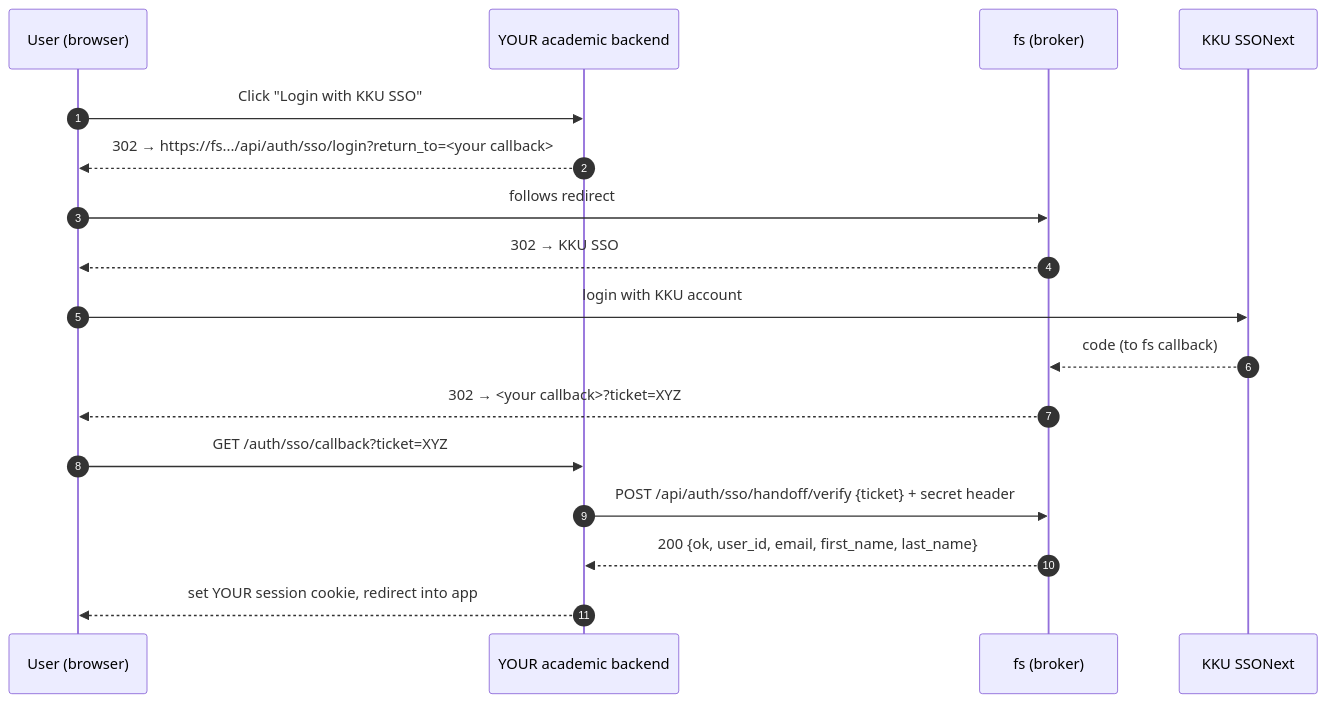
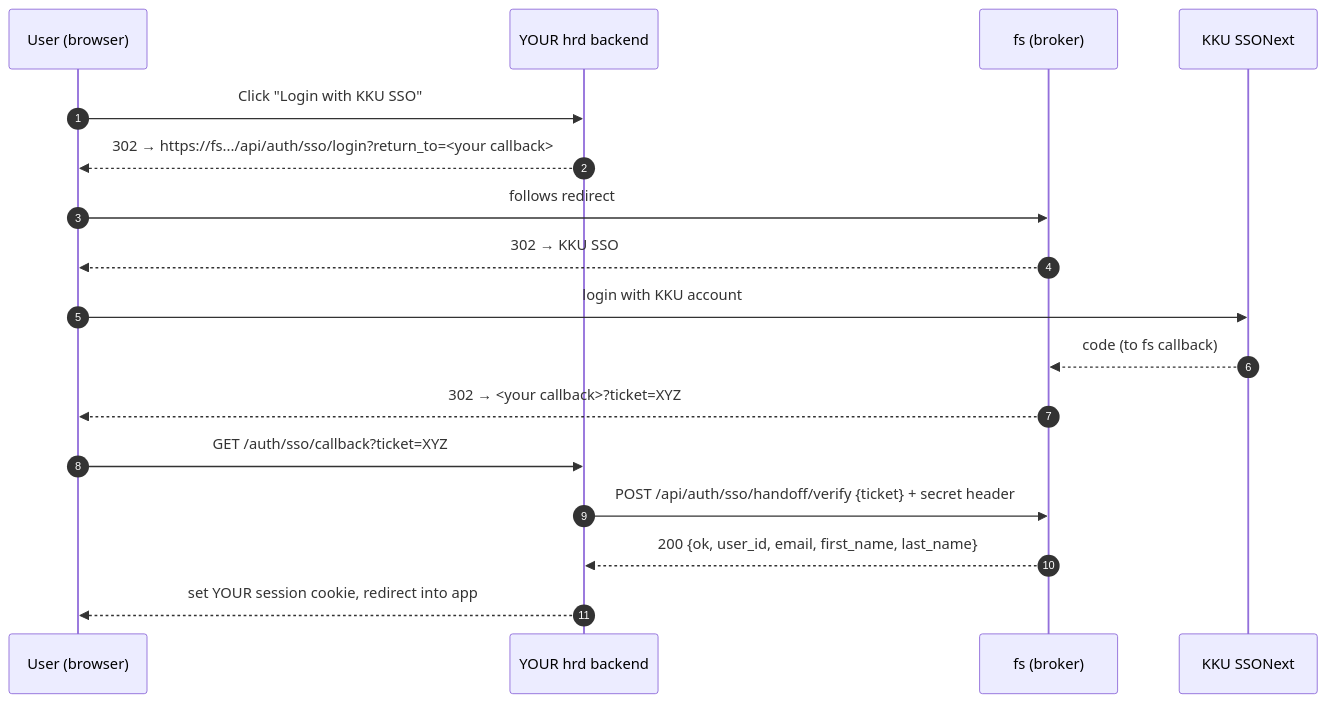
One commit to spw32767/fund-management-api changed the diagram in docs/SSO_HANDOFF_FOR_ACADEMIC.md. Above: the diagram before and after it, drawn with Mermaid. The commit also changed other lines of this file and 2 other files, not shown here.

First line of the commit message:
docs(sso): use real hrd.computing.kku.ac.th subdomain in handoff docs

````diff
--- a/docs/SSO_HANDOFF_FOR_ACADEMIC.md
+++ b/docs/SSO_HANDOFF_FOR_ACADEMIC.md
@@ -45,20 +45,20 @@
 ```mermaid
 sequenceDiagram
     autonumber
     participant U as User (browser)
-    participant A as YOUR academic backend
+    participant A as YOUR hrd backend
     participant F as fs (broker)
     participant S as KKU SSONext
 
     U->>A: Click "Login with KKU SSO"
     A-->>U: 302 → https://fs.../api/auth/sso/login?return_to=<your callback>
     U->>F: follows redirect
     F-->>U: 302 → KKU SSO
     U->>S: login with KKU account
     S-->>F: code (to fs callback)
     F-->>U: 302 → <your callback>?ticket=XYZ
     U->>A: GET /auth/sso/callback?ticket=XYZ
     A->>F: POST /api/auth/sso/handoff/verify {ticket} + secret header
     F-->>A: 200 {ok, user_id, email, first_name, last_name}
     A-->>U: set YOUR session cookie, redirect into app
 ```
````
